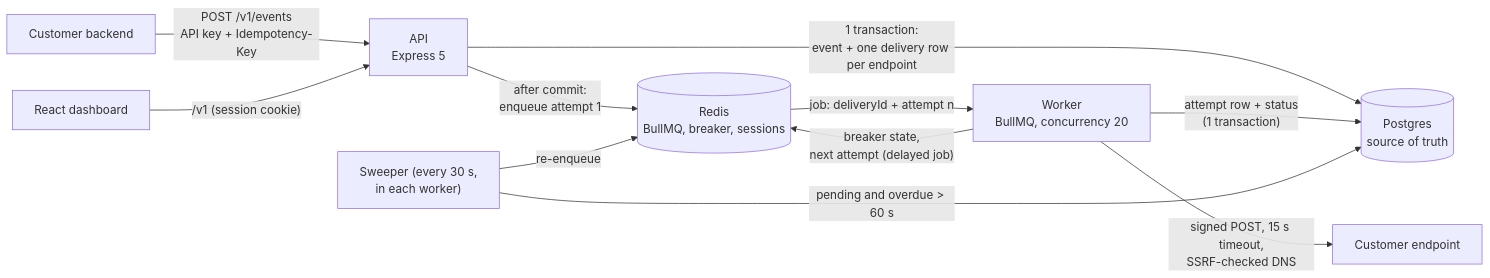
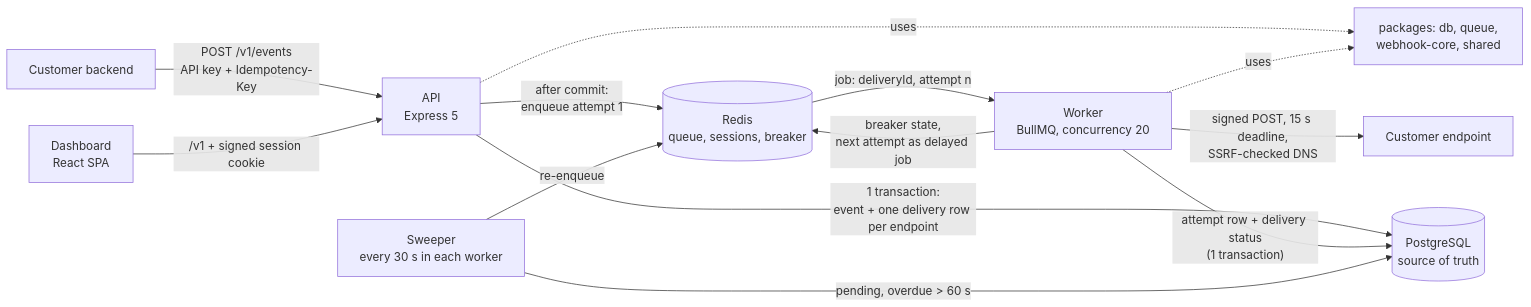
One commit to RAJDEEKSHITH/hookrelay changed the first of 7 diagrams in README.md. Above: the diagram before and after it, drawn with Mermaid. The commit also changed other lines of this file and 1 other file, not shown here.

````diff
--- a/README.md
+++ b/README.md
@@ -14,13 +32,15 @@
 ```mermaid
 flowchart LR
     Backend["Customer backend"] -- "POST /v1/events<br/>API key + Idempotency-Key" --> API
-    Dashboard["React dashboard"] -- "/v1 (session cookie)" --> API
-    API["API<br/>Express 5"] -- "1 transaction:<br/>event + one delivery row per endpoint" --> PG[("Postgres<br/>source of truth")]
-    API -- "after commit:<br/>enqueue attempt 1" --> Redis[("Redis<br/>BullMQ, breaker, sessions")]
-    Redis -- "job: deliveryId + attempt n" --> Worker
-    Worker["Worker<br/>BullMQ, concurrency 20"] -- "attempt row + status<br/>(1 transaction)" --> PG
-    Worker -- "signed POST, 15 s timeout,<br/>SSRF-checked DNS" --> Endpoint["Customer endpoint"]
-    Worker -- "breaker state,<br/>next attempt (delayed job)" --> Redis
-    Sweeper["Sweeper (every 30 s,<br/>in each worker)"] -- "pending and overdue > 60 s" --> PG
+    Dashboard["Dashboard<br/>React SPA"] -- "/v1 + signed session cookie" --> API
+    API["API<br/>Express 5"] -- "1 transaction:<br/>event + one delivery row per endpoint" --> PG[("PostgreSQL<br/>source of truth")]
+    API -- "after commit:<br/>enqueue attempt 1" --> Redis[("Redis<br/>queue, sessions, breaker")]
+    Redis -- "job: deliveryId, attempt n" --> Worker
+    Worker["Worker<br/>BullMQ, concurrency 20"] -- "attempt row + delivery status<br/>(1 transaction)" --> PG
+    Worker -- "signed POST, 15 s deadline,<br/>SSRF-checked DNS" --> Endpoint["Customer endpoint"]
+    Worker -- "breaker state,<br/>next attempt as delayed job" --> Redis
+    Sweeper["Sweeper<br/>every 30 s in each worker"] -- "pending, overdue > 60 s" --> PG
     Sweeper -- "re-enqueue" --> Redis
+    API -. uses .-> Pkgs["packages: db, queue,<br/>webhook-core, shared"]
+    Worker -. uses .-> Pkgs
 ```
````
